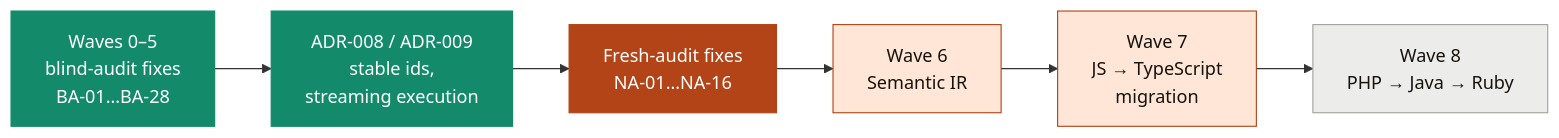
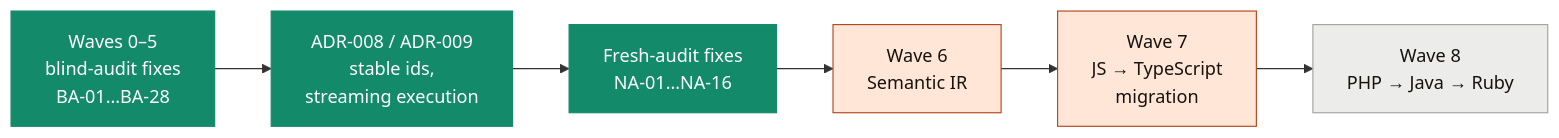
The first of 2 diagrams in ROADMAP.md (raitaskeen/LegacyExodus), drawn with Mermaid before and after one commit. The commit also changed other lines of this file and 9 other files, not shown here.

````diff
--- a/ROADMAP.md
+++ b/ROADMAP.md
@@ -21,12 +25,12 @@
 ```mermaid
 flowchart LR
     A["Waves 0–5<br/>blind-audit fixes<br/>BA-01…BA-28"]:::done --> B["ADR-008 / ADR-009<br/>stable ids,<br/>streaming execution"]:::done
-    B --> C["Fresh-audit fixes<br/>NA-01…NA-16"]:::now
+    B --> C["Fresh-audit fixes<br/>NA-01…NA-16"]:::done
     C --> D["Wave 6<br/>Semantic IR"]:::next
     D --> E["Wave 7<br/>JS → TypeScript<br/>migration"]:::next
     E --> F["Wave 8<br/>PHP → Java → Ruby"]:::later
     classDef done fill:#138a6a,color:#fff,stroke:#138a6a
     classDef now fill:#b24418,color:#fff,stroke:#b24418
     classDef next fill:#ffe6d6,color:#16130f,stroke:#b24418
     classDef later fill:#ececea,color:#16130f,stroke:#a3a39f
 ```
````
